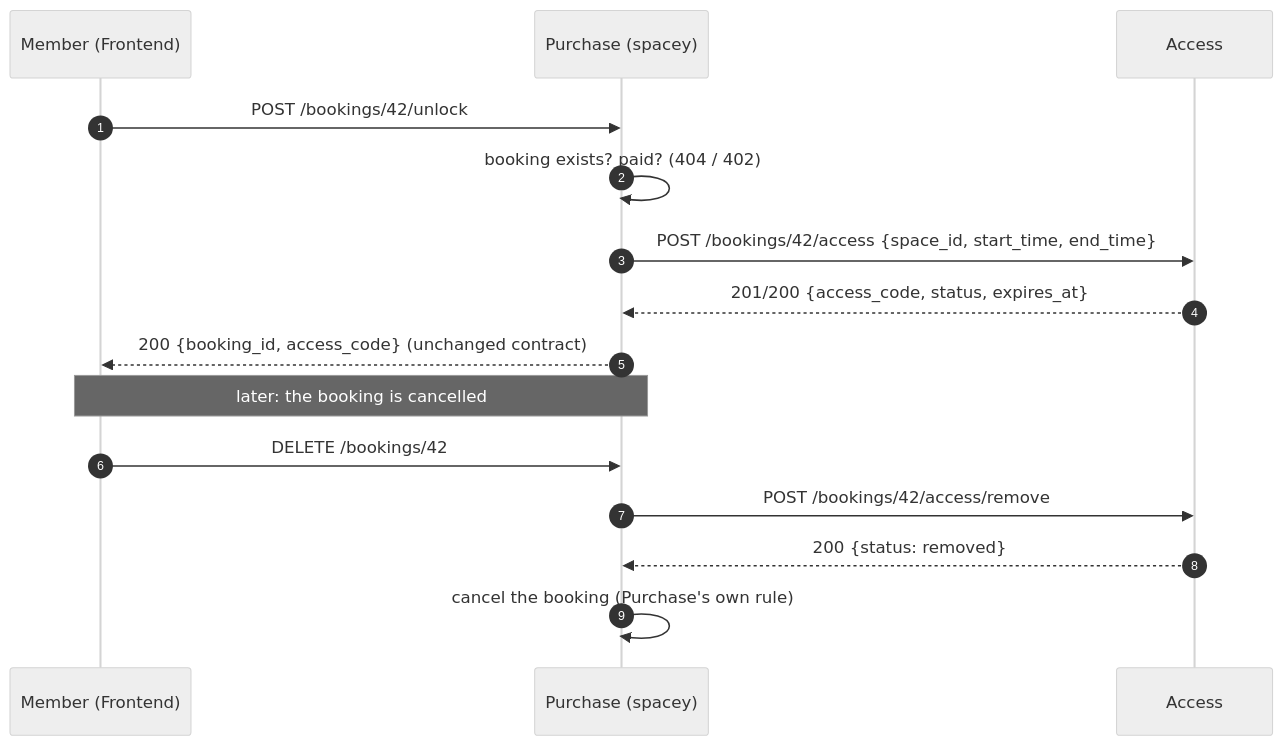
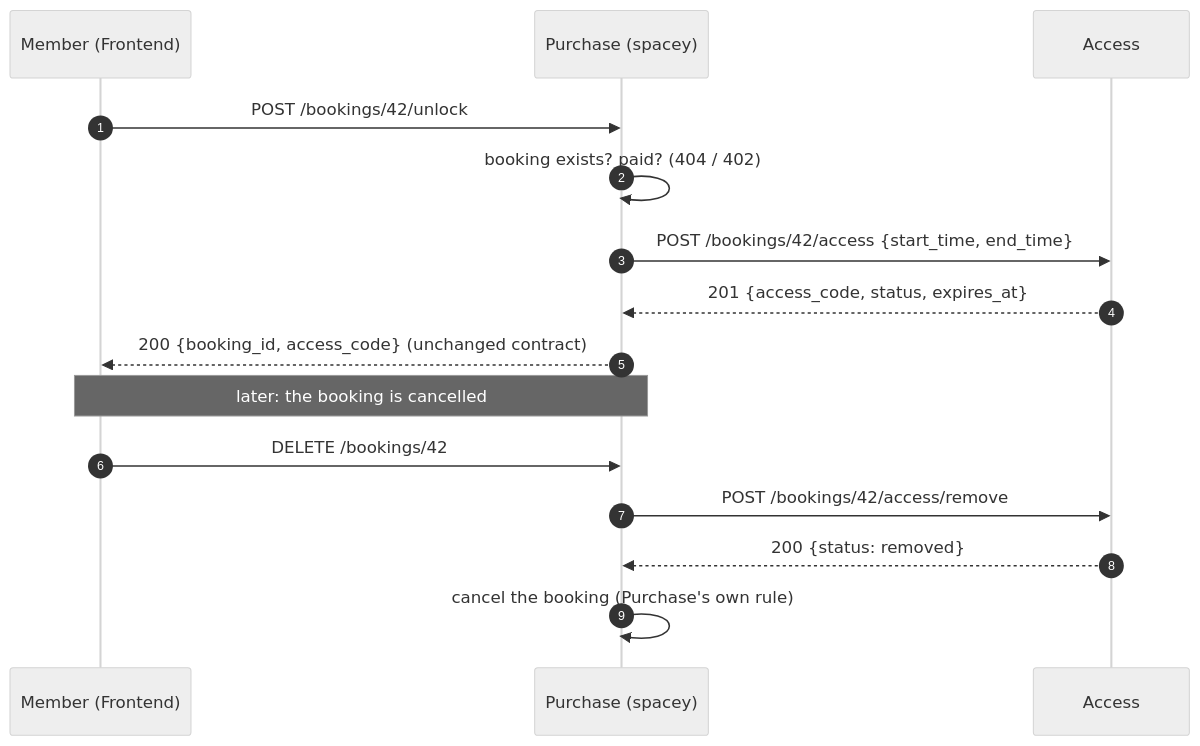
Before and after one commit to cs403bkk-2026/spacey-access: the diagram in docs/for-other-teams.md, drawn with Mermaid (neutral theme). The commit also changed other lines of this file and 8 other files, not shown here.

````diff
--- a/docs/for-other-teams.md
+++ b/docs/for-other-teams.md
@@ -9,17 +9,17 @@
 ```mermaid
 sequenceDiagram
     autonumber
     participant M as Member (Frontend)
     participant P as Purchase (spacey)
     participant A as Access
     M->>P: POST /bookings/42/unlock
     P->>P: booking exists? paid? (404 / 402)
-    P->>A: POST /bookings/42/access {space_id, start_time, end_time}
-    A-->>P: 201/200 {access_code, status, expires_at}
+    P->>A: POST /bookings/42/access {start_time, end_time}
+    A-->>P: 201 {access_code, status, expires_at}
     P-->>M: 200 {booking_id, access_code}  (unchanged contract)
     Note over M,P: later: the booking is cancelled
     M->>P: DELETE /bookings/42
     P->>A: POST /bookings/42/access/remove
     A-->>P: 200 {status: removed}
     P->>P: cancel the booking (Purchase's own rule)
 ```
````
